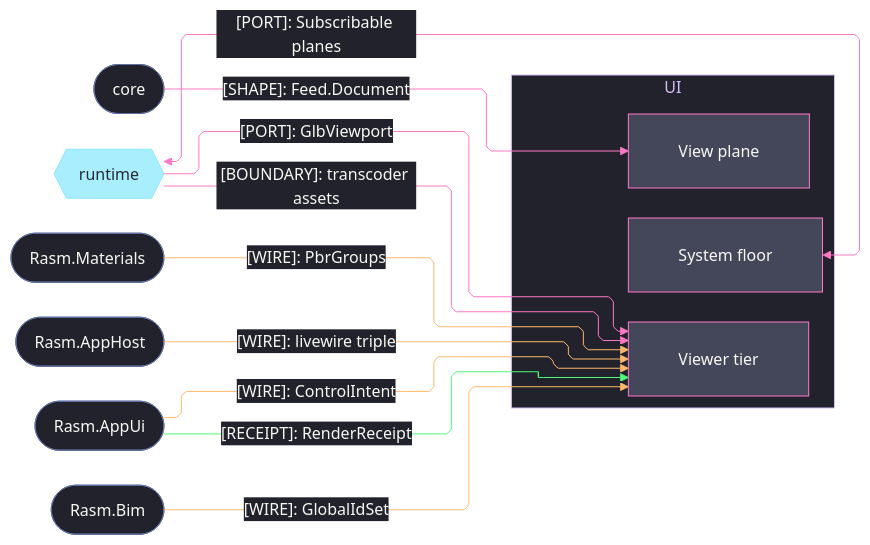
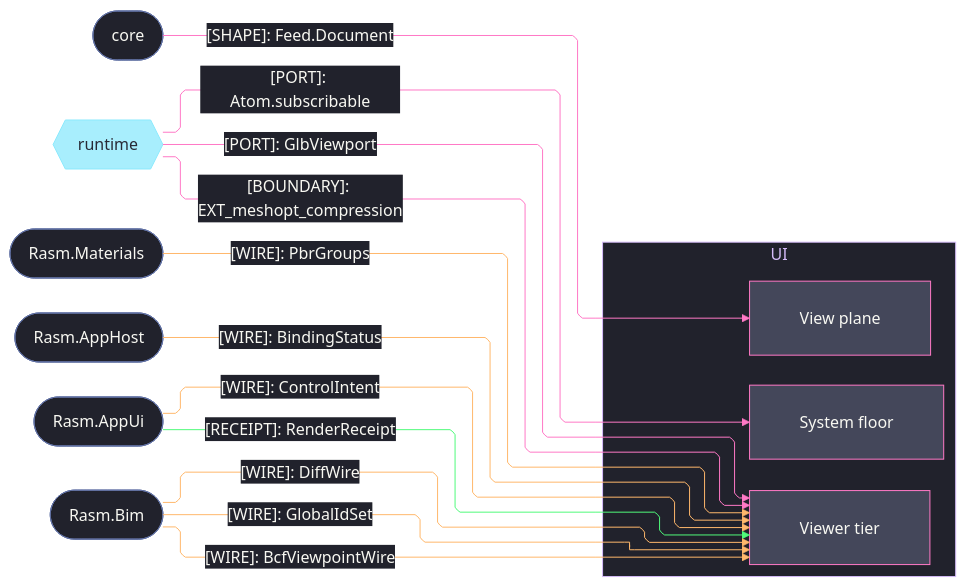
The second of 2 diagrams in libs/typescript/ui/ARCHITECTURE.md (bsamiee/Rasm), drawn with Mermaid before and after one commit. The commit also changed other lines of this file and 24 other files, not shown here.

Commit message:
architecture: seam registries + codemaps aligned across the estate (worker fabric edges, scene rows, csharp/ts seam mirrors)

````diff
--- a/libs/typescript/ui/ARCHITECTURE.md
+++ b/libs/typescript/ui/ARCHITECTURE.md
@@ -32,63 +103,65 @@
 ```mermaid
 ---
 config:
   theme: base
   look: classic
   layout: elk
   flowchart:
     curve: linear
     padding: 25
   themeVariables:
     darkMode: true
     fontFamily: "SF Mono, Menlo, Cascadia Mono, Segoe UI Mono, Consolas, monospace"
     useGradient: false
     dropShadow: "none"
     background: "#282A36"
     primaryColor: "#44475A"
     primaryTextColor: "#F8F8F2"
     primaryBorderColor: "#BD93F9"
     lineColor: "#FF79C6"
     textColor: "#F8F8F2"
     clusterBkg: "#21222C"
     clusterBorder: "#D6BCFA"
     edgeLabelBackground: "#21222C"
     labelBackgroundColor: "#21222C"
     titleColor: "#D6BCFA"
   themeCSS: ".nodeLabel{font-size:13px;font-weight:500}.edgeLabel{font-size:12px;font-weight:500}.cluster-label .nodeLabel{font-size:13.5px;font-weight:700;letter-spacing:.08em}.edge-thickness-normal{stroke-width:2px}.edge-thickness-thick{stroke-width:3px}.edge-pattern-dashed,.edge-pattern-dotted{stroke-width:1.5px;stroke-dasharray:4 6}.node rect,.node circle,.node polygon,.node path,.node .outer-path{stroke-width:1.5px;filter:none!important}.cluster rect{stroke-width:1px!important;stroke-dasharray:5 4!important;filter:none!important}.marker path{transform:scale(.8);transform-origin:5px 5px}.marker circle{transform:scale(.48);transform-origin:5px 5px}.edgeLabel rect{transform-box:fill-box;transform-origin:center;transform:scale(1.1,1.2)}"
 ---
 flowchart LR
     accTitle: UI package seam registry
     accDescr: UI sub-domain owners exchanging value, wire, port, boundary, and receipt contracts with the core, runtime, Materials, AppHost, AppUi, and Bim packages, edge rails colored by kind and nodes classed by seam direction.
     subgraph ui[UI]
         System[System floor]
         View[View plane]
         Viewer[Viewer tier]
     end
     Core([core])
     Runtime{{runtime}}
     Materials([Rasm.Materials])
     AppHost([Rasm.AppHost])
     AppUi([Rasm.AppUi])
     Bim([Rasm.Bim])
     Core e1@-->|"[SHAPE]: Feed.Document"| View
-    System e2@<-->|"[PORT]: Subscribable planes"| Runtime
+    Runtime e2@-->|"[PORT]: Atom.subscribable"| System
     Runtime e3@-->|"[PORT]: GlbViewport"| Viewer
-    Runtime e4@-->|"[BOUNDARY]: transcoder assets"| Viewer
+    Runtime e4@-->|"[BOUNDARY]: EXT_meshopt_compression"| Viewer
     Materials e5@-->|"[WIRE]: PbrGroups"| Viewer
-    AppHost e6@-->|"[WIRE]: livewire triple"| Viewer
+    AppHost e6@-->|"[WIRE]: BindingStatus"| Viewer
     AppUi e7@-->|"[WIRE]: ControlIntent"| Viewer
     AppUi e8@-->|"[RECEIPT]: RenderReceipt"| Viewer
     Bim e9@-->|"[WIRE]: GlobalIdSet"| Viewer
+    Bim e10@-->|"[WIRE]: BcfViewpointWire"| Viewer
+    Bim e11@-->|"[WIRE]: DiffWire"| Viewer
     classDef primary fill:#44475A,stroke:#FF79C6,color:#F8F8F2
     classDef external fill:#8BE9FDBF,stroke:#8BE9FD,color:#282A36
-    classDef annotation fill:#21222C,stroke:#6272A4,color:#F8F8F2
+    classDef recessed fill:#21222C,stroke:#6272A4,color:#F8F8F2
     classDef edgeData stroke:#FFB86C,color:#F8F8F2
     classDef edgeSuccess stroke:#50FA7B,color:#F8F8F2
     classDef edgeControl stroke:#FF79C6,color:#F8F8F2
     class System,View,Viewer primary
     class Runtime external
-    class Core,Materials,AppHost,AppUi,Bim annotation
+    class Core,Materials,AppHost,AppUi,Bim recessed
     class e1,e2,e3,e4 edgeControl
-    class e5,e6,e7,e9 edgeData
+    class e5,e6,e7,e9,e10,e11 edgeData
     class e8 edgeSuccess
 ```
````
